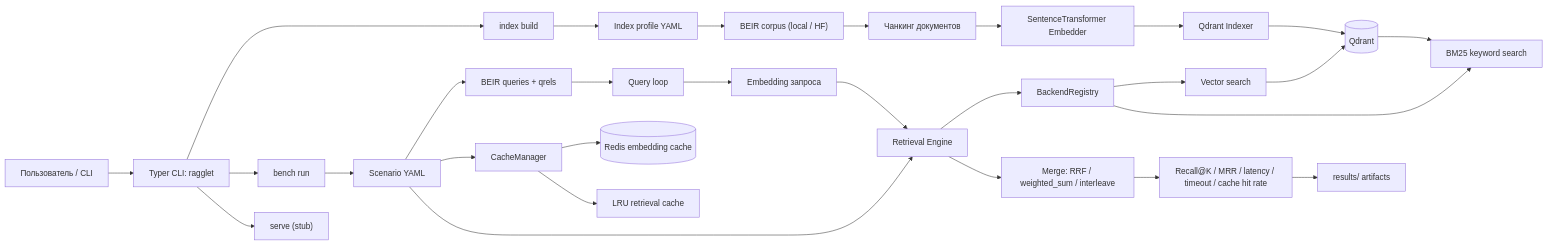
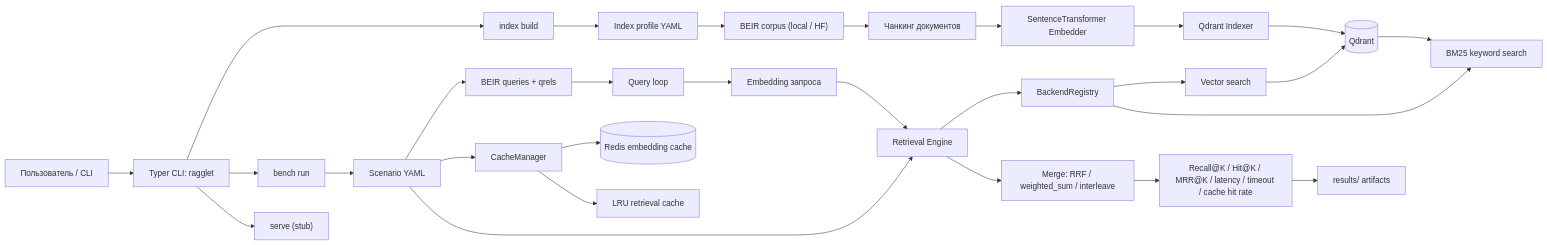
Before and after one commit to ksilisk/ragglet: the diagram in README.md, drawn with Mermaid. The commit also changed other lines of this file and 44 other files, not shown here.

````diff
--- a/README.md
+++ b/README.md
@@ -217,38 +219,38 @@
 ```mermaid
 flowchart LR
     U["Пользователь / CLI"] --> CLI["Typer CLI: ragglet"]
     CLI --> IDX["index build"]
     CLI --> BENCH["bench run"]
     CLI --> SERVE["serve (stub)"]
 
     IDX --> IPROF["Index profile YAML"]
     IPROF --> PARSE["BEIR corpus (local / HF)"]
     PARSE --> CHUNK["Чанкинг документов"]
     CHUNK --> EMB["SentenceTransformer Embedder"]
     EMB --> QI["Qdrant Indexer"]
     QI --> QDRANT[("Qdrant")]
 
     BENCH --> SCN["Scenario YAML"]
     SCN --> DATA["BEIR queries + qrels"]
     SCN --> CACHE["CacheManager"]
     SCN --> RET["Retrieval Engine"]
 
     CACHE --> REDIS[("Redis embedding cache")]
     CACHE --> LRU["LRU retrieval cache"]
 
     DATA --> LOOP["Query loop"]
     LOOP --> EMBQ["Embedding запроса"]
     EMBQ --> RET
 
     RET --> BACK["BackendRegistry"]
     BACK --> VEC["Vector search"]
     BACK --> KW["BM25 keyword search"]
 
     VEC --> QDRANT
     QDRANT --> KW
 
     RET --> MERGE["Merge: RRF / weighted_sum / interleave"]
-    MERGE --> METRICS["Recall@K / MRR / latency / timeout / cache hit rate"]
+    MERGE --> METRICS["Recall@K / Hit@K / MRR@K / latency / timeout / cache hit rate"]
     METRICS --> RES["results/ artifacts"]
 
 ```
````
